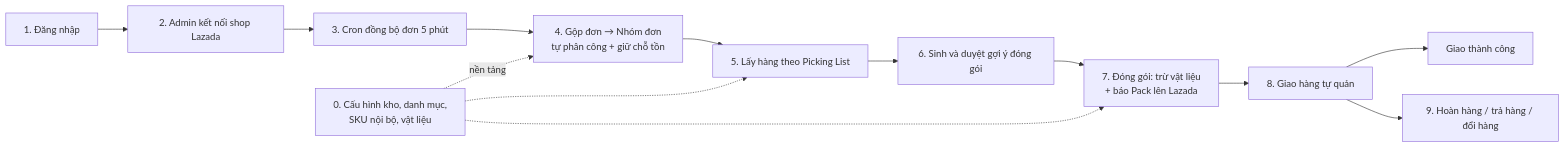
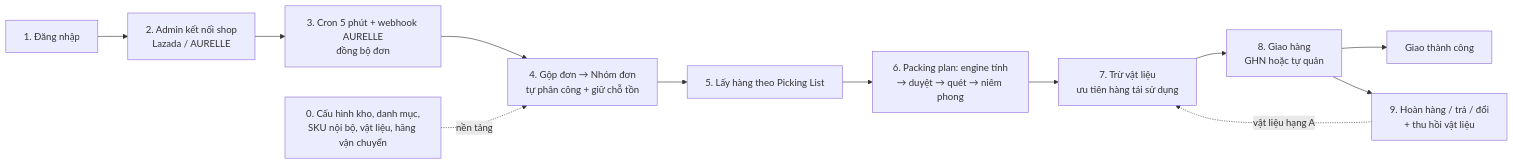
The first of 8 diagrams in GUIDE_DOC/BE_SPEC/06_LUONG_NGHIEP_VU.md (ThuaanNguyeen111/OptiPackAI), drawn with Mermaid before and after one commit. The commit also changed other lines of this file and 14 other files, not shown here.

Commit message:
docs(AOFP-81): regenerate be spec, erd and fe update checklist from current code

````diff
--- a/GUIDE_DOC/BE_SPEC/06_LUONG_NGHIEP_VU.md
+++ b/GUIDE_DOC/BE_SPEC/06_LUONG_NGHIEP_VU.md
@@ -7,15 +9,14 @@
 ```mermaid
 flowchart LR
-    A[1. Đăng nhập] --> B[2. Admin kết nối shop Lazada]
-    B --> C[3. Cron đồng bộ đơn 5 phút]
+    A[1. Đăng nhập] --> B[2. Admin kết nối shop<br/>Lazada / AURELLE]
+    B --> C[3. Cron 5 phút + webhook AURELLE<br/>đồng bộ đơn]
     C --> D[4. Gộp đơn → Nhóm đơn<br/>tự phân công + giữ chỗ tồn]
     D --> E[5. Lấy hàng theo Picking List]
-    E --> F[6. Sinh và duyệt gợi ý đóng gói]
-    F --> G[7. Đóng gói: trừ vật liệu<br/>+ báo Pack lên Lazada]
-    G --> H[8. Giao hàng tự quản]
+    E --> F[6. Packing plan: engine tính<br/>→ duyệt → quét → niêm phong]
+    F --> G[7. Trừ vật liệu<br/>ưu tiên hàng tái sử dụng]
+    G --> H[8. Giao hàng<br/>GHN hoặc tự quản]
     H --> I[Giao thành công]
-    H --> J[9. Hoàn hàng / trả hàng / đổi hàng]
-    K[0. Cấu hình kho, danh mục,<br/>SKU nội bộ, vật liệu] -.nền tảng.-> D
-    K -.-> E
-    K -.-> G
+    H --> J[9. Hoàn hàng / trả / đổi<br/>+ thu hồi vật liệu]
+    J -.vật liệu hạng A.-> G
+    K[0. Cấu hình kho, danh mục,<br/>SKU nội bộ, vật liệu, hãng vận chuyển] -.nền tảng.-> D
 ```
````
